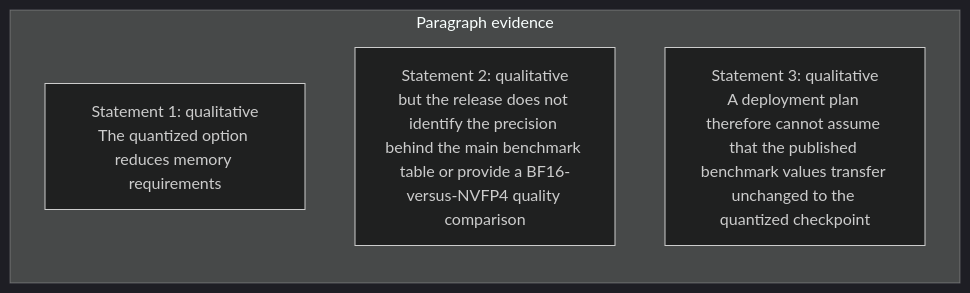
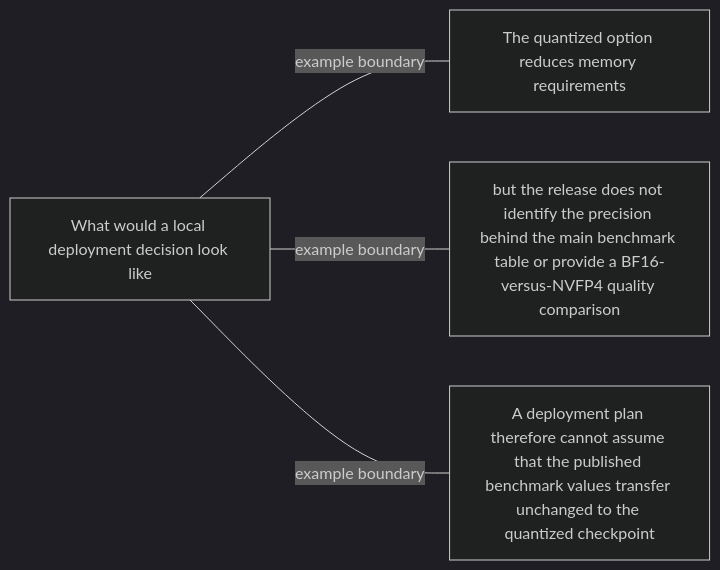
Diagram 27 of 57 in docs/visual-manifests/VISUAL_MANIFEST_INKLING.md (Betancourt1/paper_atlas), drawn with Mermaid (dark theme) before and after one commit. The commit also changed other lines of this file and 7 other files, not shown here.

````diff
--- a/docs/visual-manifests/VISUAL_MANIFEST_INKLING.md
+++ b/docs/visual-manifests/VISUAL_MANIFEST_INKLING.md
@@ -2127,8 +2140,10 @@
 ```mermaid
 flowchart LR
-  subgraph p1["Paragraph evidence"]
-    p1r1["Statement 1: qualitative<br/>The quantized option reduces memory requirements"]
-    p1r2["Statement 2: qualitative<br/>but the release does not identify the precision behind the main benchmark table or provide a BF16-versus-NVFP4 quality comparison"]
-    p1r3["Statement 3: qualitative<br/>A deployment plan therefore cannot assume that the published benchmark values transfer unchanged to the quantized checkpoint"]
-  end
+  center["What would a local deployment decision look like"]
+  f1["The quantized option reduces memory requirements"]
+  f2["but the release does not identify the precision behind the main benchmark table or provide a BF16-versus-NVFP4 quality comparison"]
+  f3["A deployment plan therefore cannot assume that the published benchmark values transfer unchanged to the quantized checkpoint"]
+  center ---|"example boundary"| f1
+  center ---|"example boundary"| f2
+  center ---|"example boundary"| f3
 ```
````
